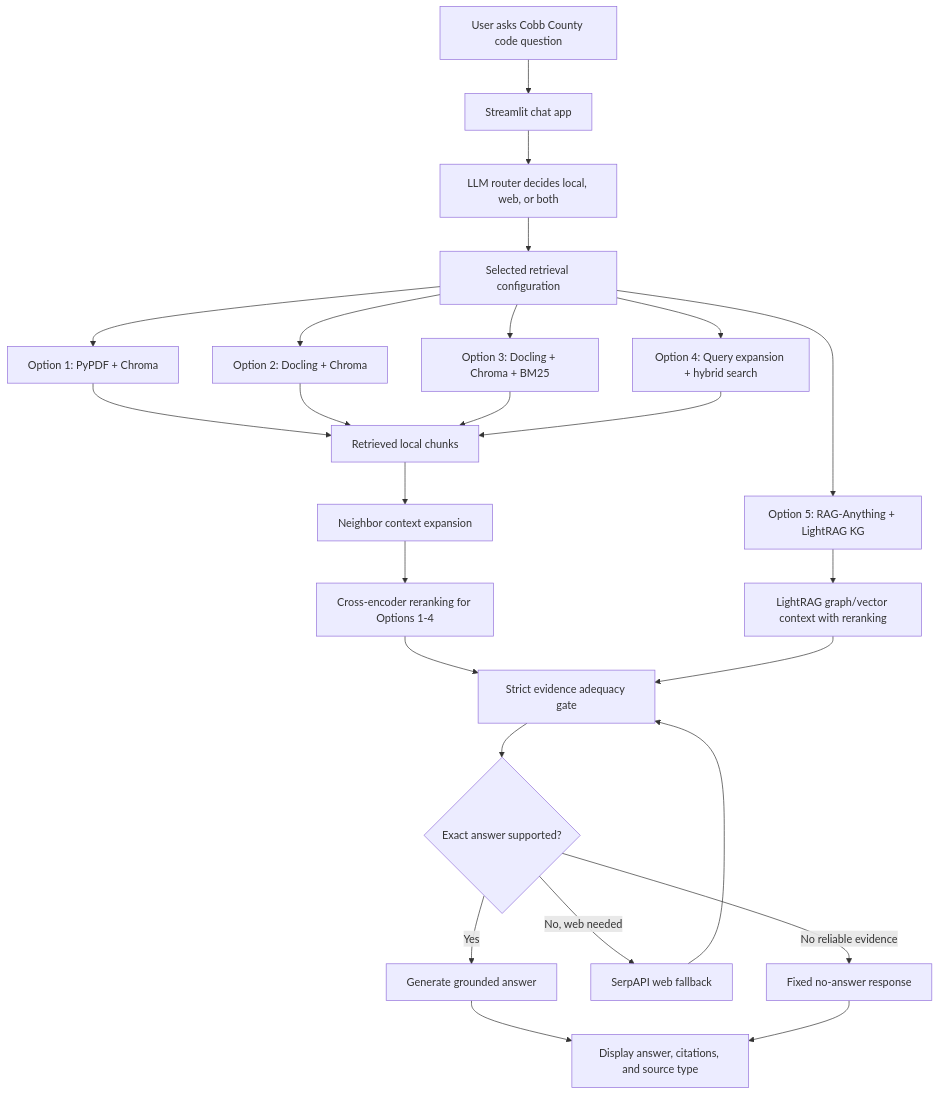
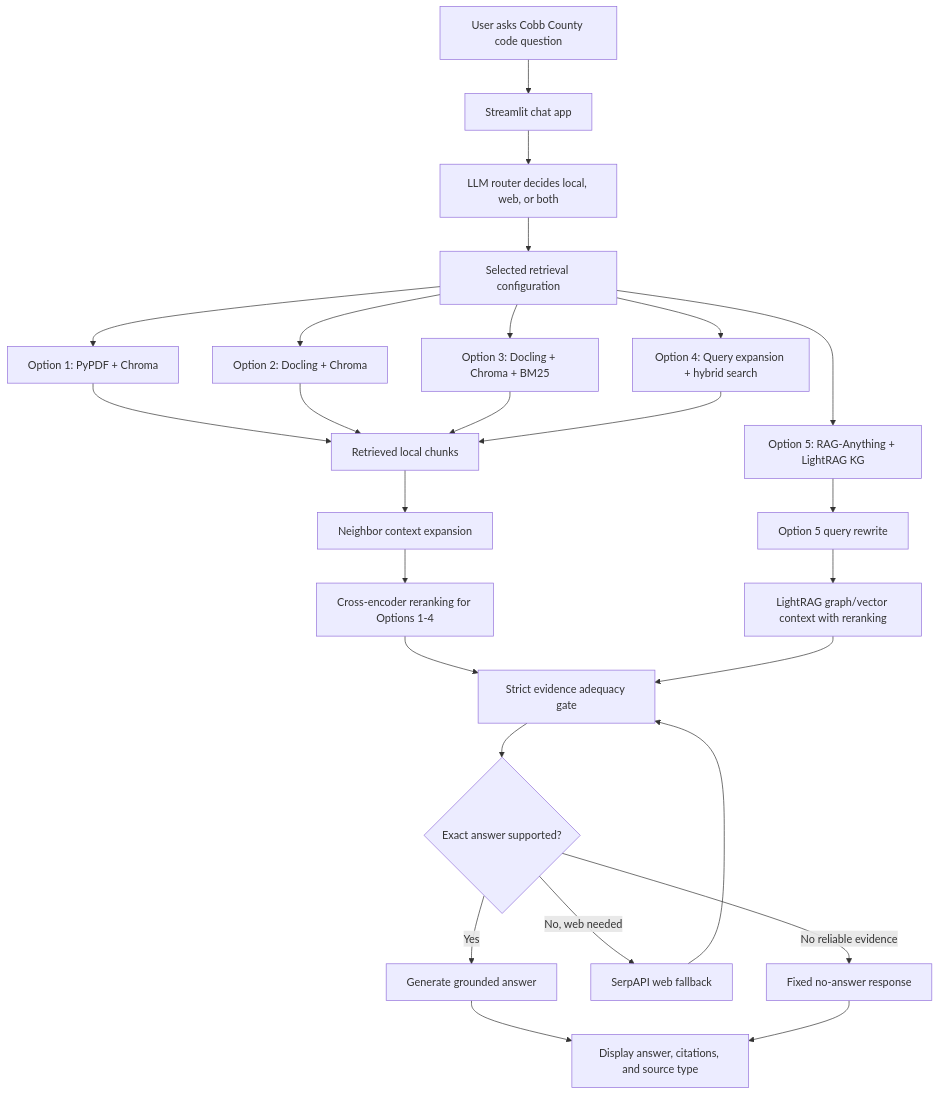
One commit to helsharif/cobb-county-code-rag-assistant changed the diagram in FLOW_LOGIC_HIGH_LEVEL.md. Above: the diagram before and after it, drawn with Mermaid. The commit also changed other lines of this file and 6 other files, not shown here.

Commit message:
Add Option 5 query rewrite before LightRAG retrieval

````diff
--- a/FLOW_LOGIC_HIGH_LEVEL.md
+++ b/FLOW_LOGIC_HIGH_LEVEL.md
@@ -210,32 +212,33 @@
 ```mermaid
 flowchart TD
     A["User asks Cobb County code question"] --> B["Streamlit chat app"]
     B --> C["LLM router decides local, web, or both"]
     C --> D["Selected retrieval configuration"]
 
     D --> E1["Option 1: PyPDF + Chroma"]
     D --> E2["Option 2: Docling + Chroma"]
     D --> E3["Option 3: Docling + Chroma + BM25"]
     D --> E4["Option 4: Query expansion + hybrid search"]
     D --> E5["Option 5: RAG-Anything + LightRAG KG"]
 
     E1 --> F["Retrieved local chunks"]
     E2 --> F
     E3 --> F
     E4 --> F
-    E5 --> KG["LightRAG graph/vector context with reranking"]
+    E5 --> QR["Option 5 query rewrite"]
+    QR --> KG["LightRAG graph/vector context with reranking"]
 
     F --> G["Neighbor context expansion"]
     G --> R["Cross-encoder reranking for Options 1-4"]
     R --> H["Strict evidence adequacy gate"]
     KG --> H
     H --> I{"Exact answer supported?"}
 
     I -->|Yes| J["Generate grounded answer"]
     I -->|No, web needed| K["SerpAPI web fallback"]
     K --> H
     I -->|No reliable evidence| L["Fixed no-answer response"]
 
     J --> M["Display answer, citations, and source type"]
     L --> M
 ```
````
